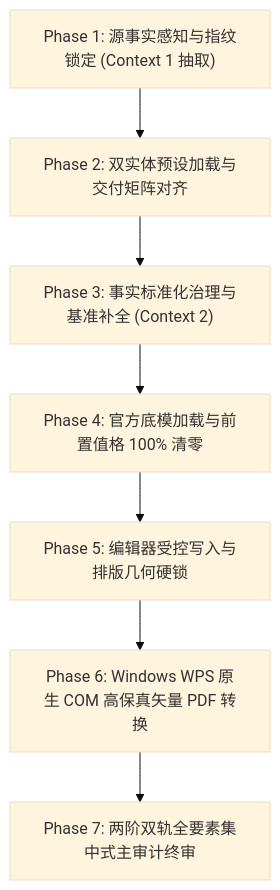
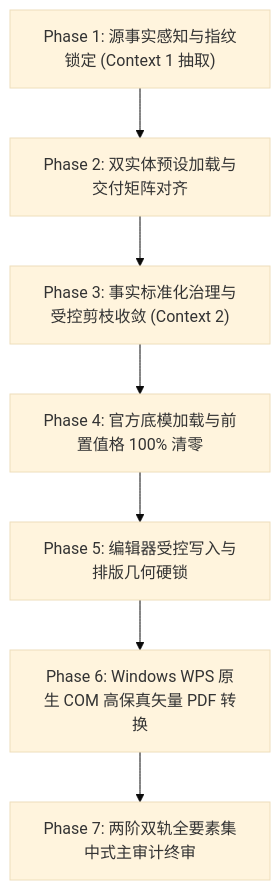
The second of 2 diagrams in 体系交接文档/MSDS_Studio_Agent_Test_Kit/skill/SKILL.md (SnowLove0303/Msds-Engine), drawn with Mermaid (base theme) before and after one commit. The commit also changed other lines of this file and 1 other file, not shown here.

````diff
--- a/体系交接文档/MSDS_Studio_Agent_Test_Kit/skill/SKILL.md
+++ b/体系交接文档/MSDS_Studio_Agent_Test_Kit/skill/SKILL.md
@@ -49,9 +62,9 @@
 ```mermaid
 flowchart TD
     P1["Phase 1: 源事实感知与指纹锁定 (Context 1 抽取)"] --> P2["Phase 2: 双实体预设加载与交付矩阵对齐"]
-    P2 --> P3["Phase 3: 事实标准化治理与基准补全 (Context 2)"]
+    P2 --> P3["Phase 3: 事实标准化治理与受控剪枝收敛 (Context 2)"]
     P3 --> P4["Phase 4: 官方底模加载与前置值格 100% 清零"]
     P4 --> P5["Phase 5: 编辑器受控写入与排版几何硬锁"]
     P5 --> P6["Phase 6: Windows WPS 原生 COM 高保真矢量 PDF 转换"]
     P6 --> P7["Phase 7: 两阶双轨全要素集中式主审计终审"]
 ```
````
